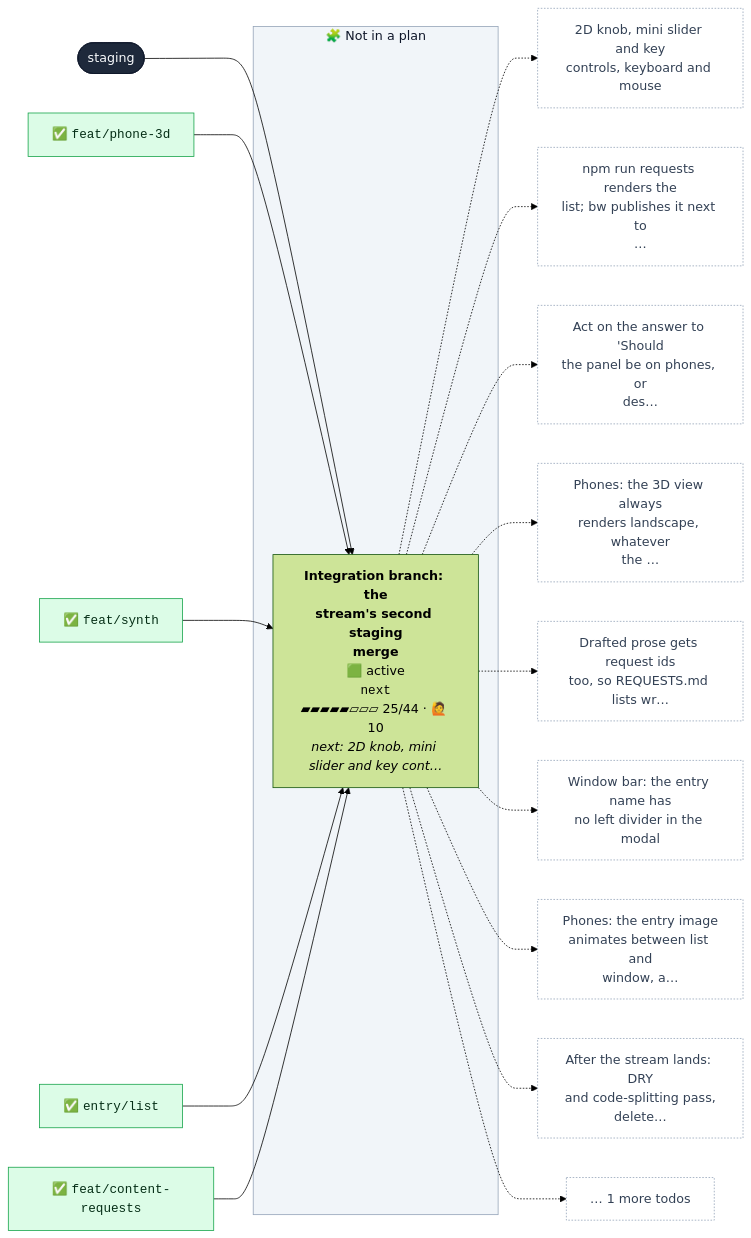
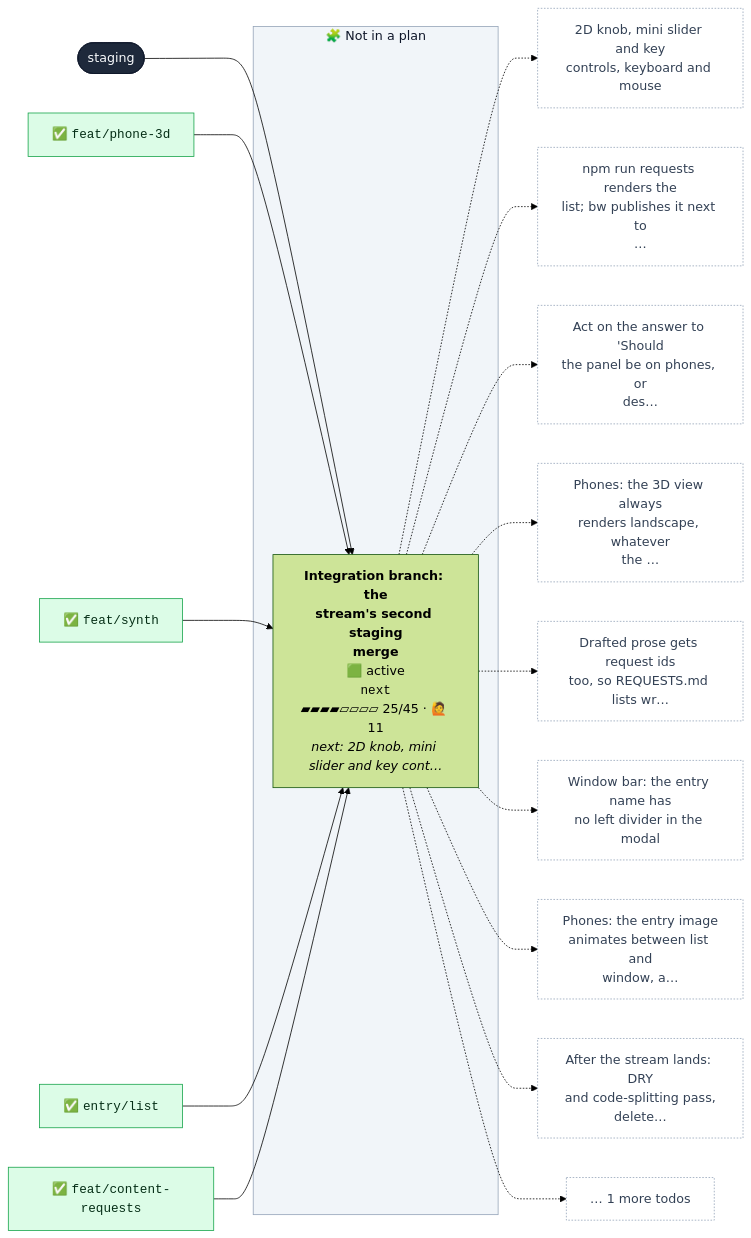
The first of 2 diagrams in CONTRIBUTING.md (henryjonescodes/portfolio), drawn with Mermaid (forest theme) before and after one commit. The commit also changed other lines of this file and 1 other file, not shown here.

````diff
--- a/CONTRIBUTING.md
+++ b/CONTRIBUTING.md
@@ -16,59 +16,59 @@
 ```mermaid
 flowchart LR
   n_staging([staging])
   class n_staging trunk
   subgraph loose["🧩 Not in a plan"]
-    n_next["<b>Integration branch: the<br/>stream's second staging<br/>merge</b><br/>🟩 active<br/><code>next</code><br/>▰▰▰▰▰▱▱▱ 25/44 · 🙋 10<br/><i>next: 2D knob, mini slider and key cont…</i>"]
+    n_next["<b>Integration branch: the<br/>stream's second staging<br/>merge</b><br/>🟩 active<br/><code>next</code><br/>▰▰▰▰▱▱▱▱ 25/45 · 🙋 11<br/><i>next: 2D knob, mini slider and key cont…</i>"]
     class n_next active,current
   end
   style loose fill:#f1f5f9,stroke:#94a3b8,color:#0f172a
   n_staging --> n_next
   n_next_m0["✅ <code>feat/phone-3d</code>"]
   class n_next_m0 merged
   n_next_m0 --> n_next
   n_next_m1["✅ <code>feat/synth</code>"]
   class n_next_m1 merged
   n_next_m1 --> n_next
   n_next_m2["✅ <code>entry/list</code>"]
   class n_next_m2 merged
   n_next_m2 --> n_next
   n_next_m3["✅ <code>feat/content-requests</code>"]
   class n_next_m3 merged
   n_next_m3 --> n_next
   n_next_t0["2D knob, mini slider and key<br/>controls, keyboard and mouse"]
   class n_next_t0 todo
   n_next -.-> n_next_t0
   n_next_t1["npm run requests renders the<br/>list; bw publishes it next to<br/>…"]
   class n_next_t1 todo
   n_next -.-> n_next_t1
   n_next_t2["Act on the answer to 'Should<br/>the panel be on phones, or<br/>des…"]
   class n_next_t2 todo
   n_next -.-> n_next_t2
   n_next_t3["Phones: the 3D view always<br/>renders landscape, whatever<br/>the …"]
   class n_next_t3 todo
   n_next -.-> n_next_t3
   n_next_t4["Drafted prose gets request ids<br/>too, so REQUESTS.md lists wr…"]
   class n_next_t4 todo
   n_next -.-> n_next_t4
   n_next_t5["Window bar: the entry name has<br/>no left divider in the modal"]
   class n_next_t5 todo
   n_next -.-> n_next_t5
   n_next_t6["Phones: the entry image<br/>animates between list and<br/>window, a…"]
   class n_next_t6 todo
   n_next -.-> n_next_t6
   n_next_t7["After the stream lands: DRY<br/>and code-splitting pass,<br/>delete…"]
   class n_next_t7 todo
   n_next -.-> n_next_t7
   n_next_more["… 1 more todos"]
   class n_next_more todo
   n_next -.-> n_next_more
   classDef merged fill:#dcfce7,stroke:#16a34a,color:#052e16
   classDef todo fill:#ffffff,stroke:#94a3b8,stroke-dasharray:2 2,color:#334155
   classDef planned fill:#c7d2fe,stroke:#4f46e5,color:#1e1b4b
   classDef sketched fill:#f8fafc,stroke:#64748b,stroke-dasharray:4 3,color:#334155
   classDef active fill:#bbf7d0,stroke:#16a34a,stroke-width:3px,color:#052e16
   classDef review fill:#fde68a,stroke:#d97706,stroke-width:3px,color:#451a03
   classDef blocked fill:#fecaca,stroke:#dc2626,stroke-width:3px,color:#450a0a
   classDef trunk fill:#1e293b,stroke:#0f172a,color:#f8fafc
   classDef current stroke:#0ea5e9,stroke-width:5px
 ```
````
